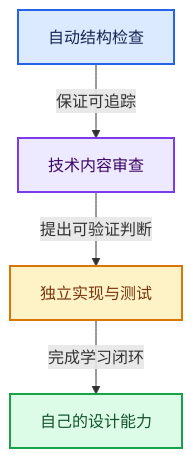
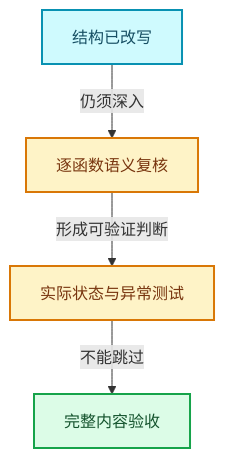
The second of 2 diagrams in 杂/markdown/全面学习-codex/验收报告.md (yunkezengren/blender-.vscode), drawn with Mermaid before and after one commit. The commit also changed other lines of this file and 1930 other files, not shown here.

````diff
--- a/杂/markdown/全面学习-codex/验收报告.md
+++ b/杂/markdown/全面学习-codex/验收报告.md
@@ -100,16 +69,16 @@
 ```mermaid
 flowchart TB
-  A["自动结构检查"]:::input
-  B["技术内容审查"]:::abstraction
-  C["独立实现与测试"]:::compute
-  D["自己的设计能力"]:::result
-  A -->|"保证可追踪"| B
-  B -->|"提出可验证判断"| C
-  C -->|"完成学习闭环"| D
+  S["结构已改写"]:::data
+  M["逐函数语义复核"]:::compute
+  T["实际状态与异常测试"]:::compute
+  F["完整内容验收"]:::result
+  S -->|"仍须深入"| M
+  M -->|"形成可验证判断"| T
+  T -->|"不能跳过"| F
   classDef input fill:#DBEAFE,stroke:#2563EB,color:#172554,stroke-width:2px;
   classDef data fill:#CFFAFE,stroke:#0891B2,color:#164E63,stroke-width:2px;
   classDef abstraction fill:#EDE9FE,stroke:#7C3AED,color:#3B0764,stroke-width:2px;
   classDef compute fill:#FEF3C7,stroke:#D97706,color:#78350F,stroke-width:2px;
   classDef result fill:#DCFCE7,stroke:#16A34A,color:#14532D,stroke-width:2px;
   classDef error fill:#FEE2E2,stroke:#DC2626,color:#7F1D1D,stroke-width:2px;
 ```
````
